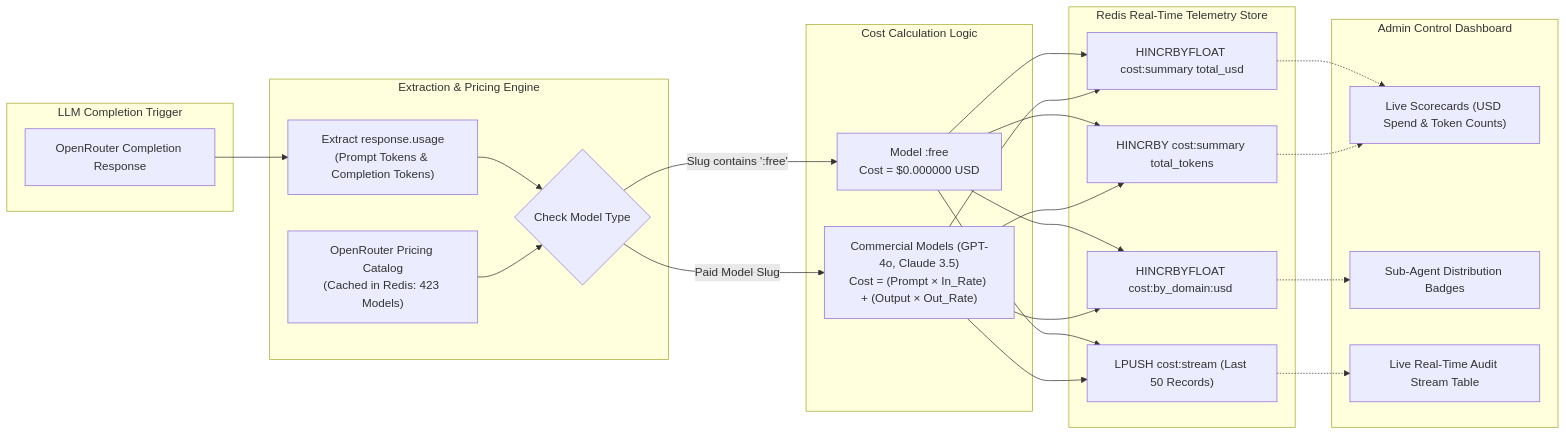
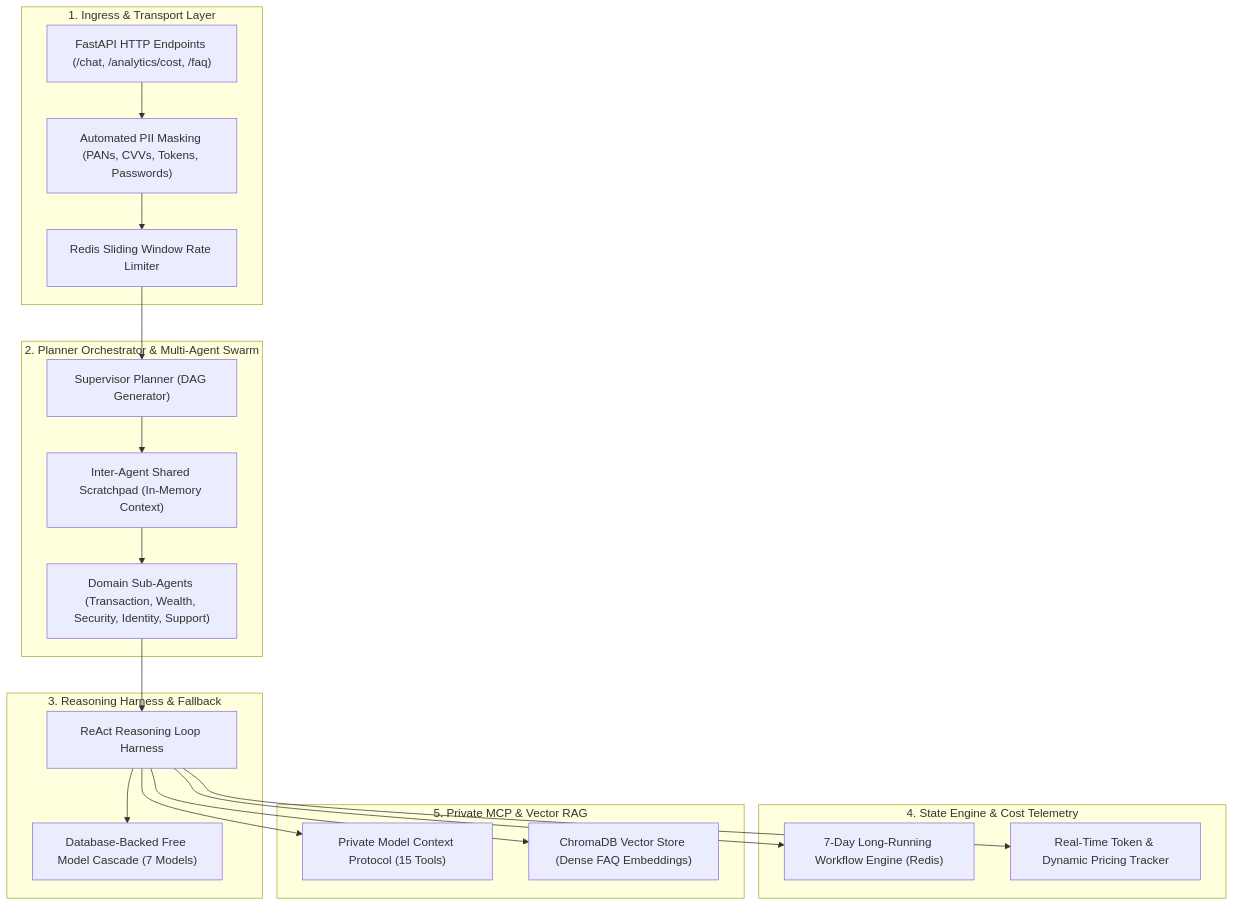
Before and after one commit to tirenn/bank: the diagram in backend/ai-service/ARCHITECTURE.md, drawn with Mermaid. The commit also changed other lines of this file and 3 other files, not shown here.

Commit message:
docs: initialize architecture documentation for frontend and backend services

````diff
--- a/backend/ai-service/ARCHITECTURE.md
+++ b/backend/ai-service/ARCHITECTURE.md
@@ -200,50 +9,38 @@
 ```mermaid
-flowchart LR
-    subgraph Trigger ["LLM Completion Trigger"]
-        LLMResp["OpenRouter Completion Response"]
+flowchart TB
+    subgraph TransportLayer ["1. Ingress & Transport Layer"]
+        FastAPIRouter["FastAPI HTTP Endpoints (/chat, /analytics/cost, /faq)"]
+        PIIScrubber["Automated PII Masking (PANs, CVVs, Tokens, Passwords)"]
+        RateLimiter["Redis Sliding Window Rate Limiter"]
     end
 
-    subgraph Extractor ["Extraction & Pricing Engine"]
-        Usage["Extract response.usage<br/>(Prompt Tokens & Completion Tokens)"]
-        Catalog["OpenRouter Pricing Catalog<br/>(Cached in Redis: 423 Models)"]
-        Calculator{"Check Model Type"}
+    subgraph OrchestrationLayer ["2. Planner Orchestrator & Multi-Agent Swarm"]
+        Supervisor["Supervisor Planner (DAG Generator)"]
+        Scratchpad["Inter-Agent Shared Scratchpad (In-Memory Context)"]
+        SubAgents["Domain Sub-Agents (Transaction, Wealth, Security, Identity, Support)"]
     end
 
-    subgraph PricingLogic ["Cost Calculation Logic"]
-        FreeTier["Model :free<br/>Cost = $0.000000 USD"]
-        PaidTier["Commercial Models (GPT-4o, Claude 3.5)<br/>Cost = (Prompt × In_Rate) + (Output × Out_Rate)"]
+    subgraph ReasoningLayer ["3. Reasoning Harness & Fallback"]
+        ReActHarness["ReAct Reasoning Loop Harness"]
+        ModelFallback["Database-Backed Free Model Cascade (7 Models)"]
     end
 
-    subgraph RedisAggregator ["Redis Real-Time Telemetry Store"]
-        TotalUSD["HINCRBYFLOAT cost:summary total_usd"]
-        TotalTokens["HINCRBY cost:summary total_tokens"]
-        DomainCost["HINCRBYFLOAT cost:by_domain:usd <DOMAIN>"]
-        AuditStream["LPUSH cost:stream (Last 50 Records)"]
+    subgraph StateAndTelemetry ["4. State Engine & Cost Telemetry"]
+        WorkflowState["7-Day Long-Running Workflow Engine (Redis)"]
+        CostTracker["Real-Time Token & Dynamic Pricing Tracker"]
     end
 
-    subgraph AdminUI ["Admin Control Dashboard"]
-        KPICards["Live Scorecards (USD Spend & Token Counts)"]
-        DomainBreakdown["Sub-Agent Distribution Badges"]
-        LiveAuditTable["Live Real-Time Audit Stream Table"]
+    subgraph KnowledgeAndTools ["5. Private MCP & Vector RAG"]
+        MCPBridge["Private Model Context Protocol (15 Tools)"]
+        ChromaStore["ChromaDB Vector Store (Dense FAQ Embeddings)"]
     end
 
-    LLMResp --> Usage
-    Usage --> Calculator
-    Catalog --> Calculator
-    Calculator -- Slug contains ':free' --> FreeTier
-    Calculator -- Paid Model Slug --> PaidTier
-
-    FreeTier --> TotalUSD
-    PaidTier --> TotalUSD
-    FreeTier --> TotalTokens
-    PaidTier --> TotalTokens
-    FreeTier --> DomainCost
-    PaidTier --> DomainCost
-    FreeTier --> AuditStream
-    PaidTier --> AuditStream
-
-    TotalUSD -.-> KPICards
-    TotalTokens -.-> KPICards
-    DomainCost -.-> DomainBreakdown
-    AuditStream -.-> LiveAuditTable
+    FastAPIRouter --> PIIScrubber --> RateLimiter --> Supervisor
+    Supervisor --> Scratchpad --> SubAgents
+    SubAgents --> ReActHarness
+    ReActHarness --> ModelFallback
+    ReActHarness --> WorkflowState
+    ReActHarness --> CostTracker
+    ReActHarness --> MCPBridge
+    ReActHarness --> ChromaStore
 ```
````
